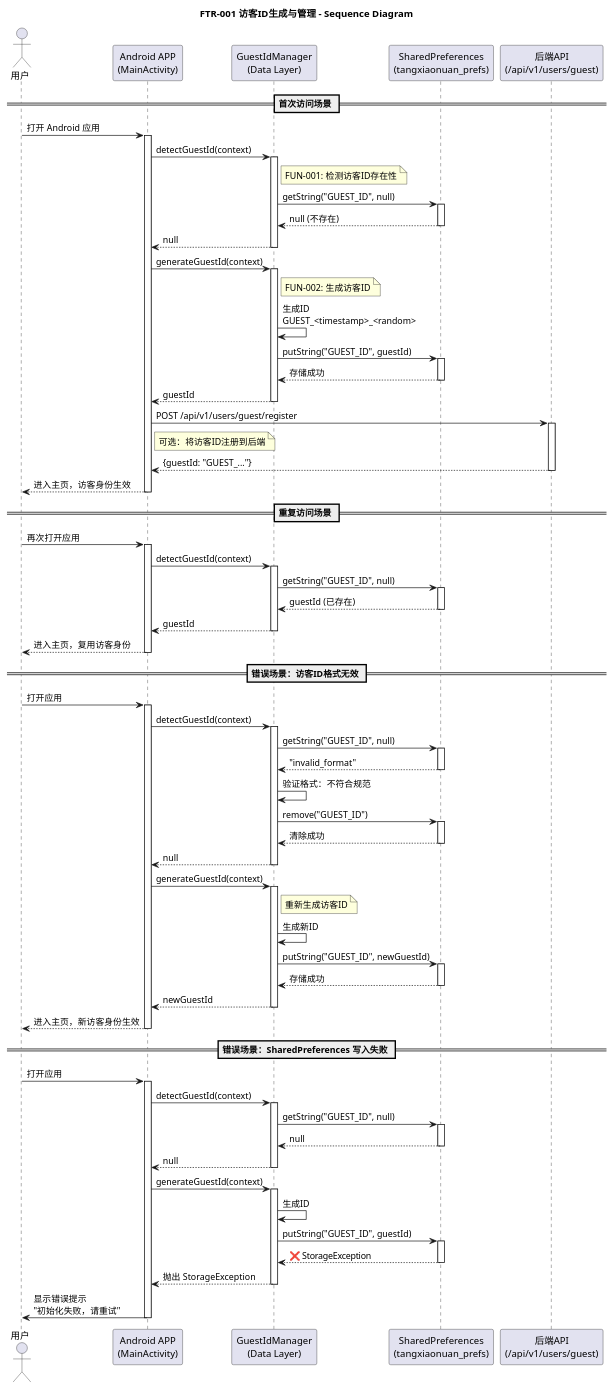
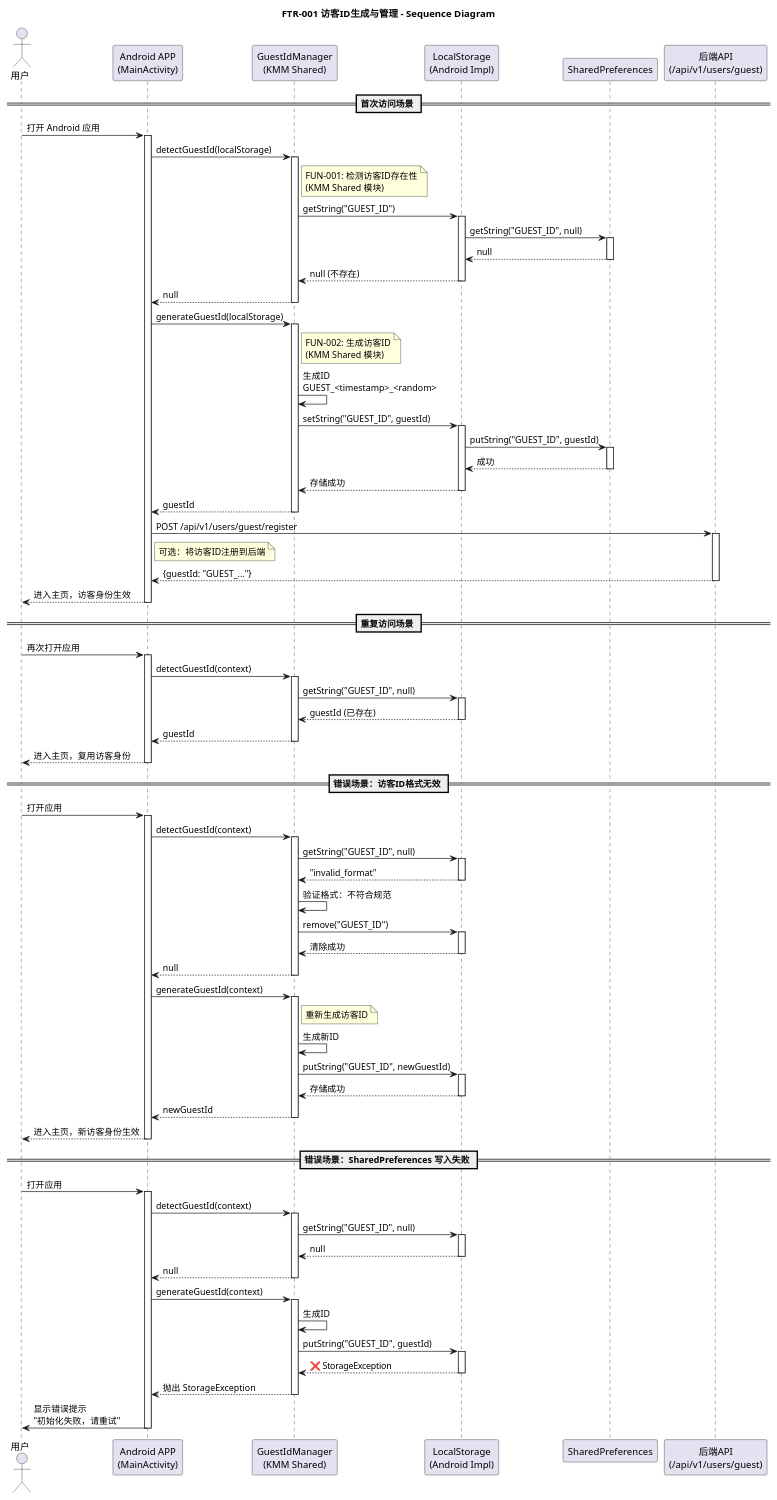
Before and after one commit to WillCaptain/suger-baby: the diagram in cdase/project/design/uml/FTR-001.sequence.puml, drawn with PlantUML. The commit also changed 8 other files, not shown here.

```diff
--- a/cdase/project/design/uml/FTR-001.sequence.puml
+++ b/cdase/project/design/uml/FTR-001.sequence.puml
@@ -1,119 +1,128 @@
 @startuml
 title FTR-001 访客ID生成与管理 - Sequence Diagram
 
 actor 用户 as User
 participant "Android APP\n(MainActivity)" as App
-participant "GuestIdManager\n(Data Layer)" as Manager
-participant "SharedPreferences\n(tangxiaonuan_prefs)" as Storage
+participant "GuestIdManager\n(KMM Shared)" as Manager
+participant "LocalStorage\n(Android Impl)" as Storage
+participant "SharedPreferences" as AndroidPrefs
 participant "后端API\n(/api/v1/users/guest)" as API
 
 == 首次访问场景 ==
 User -> App: 打开 Android 应用
 activate App
 
-App -> Manager: detectGuestId(context)
+App -> Manager: detectGuestId(localStorage)
 activate Manager
-note right of Manager: FUN-001: 检测访客ID存在性
-Manager -> Storage: getString("GUEST_ID", null)
+note right of Manager: FUN-001: 检测访客ID存在性\n(KMM Shared 模块)
+Manager -> Storage: getString("GUEST_ID")
 activate Storage
+Storage -> AndroidPrefs: getString("GUEST_ID", null)
+activate AndroidPrefs
+AndroidPrefs --> Storage: null
+deactivate AndroidPrefs
 Storage --> Manager: null (不存在)
 deactivate Storage
 Manager --> App: null
 deactivate Manager
 
-App -> Manager: generateGuestId(context)
+App -> Manager: generateGuestId(localStorage)
 activate Manager
-note right of Manager: FUN-002: 生成访客ID
+note right of Manager: FUN-002: 生成访客ID\n(KMM Shared 模块)
 Manager -> Manager: 生成ID\nGUEST_<timestamp>_<random>
-Manager -> Storage: putString("GUEST_ID", guestId)
+Manager -> Storage: setString("GUEST_ID", guestId)
 activate Storage
+Storage -> AndroidPrefs: putString("GUEST_ID", guestId)
+activate AndroidPrefs
+AndroidPrefs --> Storage: 成功
+deactivate AndroidPrefs
 Storage --> Manager: 存储成功
 deactivate Storage
 Manager --> App: guestId
 deactivate Manager
 
 App -> API: POST /api/v1/users/guest/register
 note right of App: 可选：将访客ID注册到后端
 activate API
 API --> App: {guestId: "GUEST_..."}
 deactivate API
 
 App --> User: 进入主页，访客身份生效
 deactivate App
 
 == 重复访问场景 ==
 User -> App: 再次打开应用
 activate App
 
 App -> Manager: detectGuestId(context)
 activate Manager
 Manager -> Storage: getString("GUEST_ID", null)
 activate Storage
 Storage --> Manager: guestId (已存在)
 deactivate Storage
 Manager --> App: guestId
 deactivate Manager
 
 App --> User: 进入主页，复用访客身份
 deactivate App
 
 == 错误场景：访客ID格式无效 ==
 User -> App: 打开应用
 activate App
 
 App -> Manager: detectGuestId(context)
 activate Manager
 Manager -> Storage: getString("GUEST_ID", null)
 activate Storage
 Storage --> Manager: "invalid_format"
 deactivate Storage
 
 Manager -> Manager: 验证格式：不符合规范
 Manager -> Storage: remove("GUEST_ID")
 activate Storage
 Storage --> Manager: 清除成功
 deactivate Storage
 Manager --> App: null
 deactivate Manager
 
 App -> Manager: generateGuestId(context)
 note right of Manager: 重新生成访客ID
 activate Manager
 Manager -> Manager: 生成新ID
 Manager -> Storage: putString("GUEST_ID", newGuestId)
 activate Storage
 Storage --> Manager: 存储成功
 deactivate Storage
 Manager --> App: newGuestId
 deactivate Manager
 
 App --> User: 进入主页，新访客身份生效
 deactivate App
 
 == 错误场景：SharedPreferences 写入失败 ==
 User -> App: 打开应用
 activate App
 
 App -> Manager: detectGuestId(context)
 activate Manager
 Manager -> Storage: getString("GUEST_ID", null)
 activate Storage
 Storage --> Manager: null
 deactivate Storage
 Manager --> App: null
 deactivate Manager
 
 App -> Manager: generateGuestId(context)
 activate Manager
 Manager -> Manager: 生成ID
 Manager -> Storage: putString("GUEST_ID", guestId)
 activate Storage
 Storage --> Manager: ❌ StorageException
 deactivate Storage
 Manager --> App: 抛出 StorageException
 deactivate Manager
 
 App -> User: 显示错误提示\n"初始化失败，请重试"
 deactivate App
 
 @enduml
```
